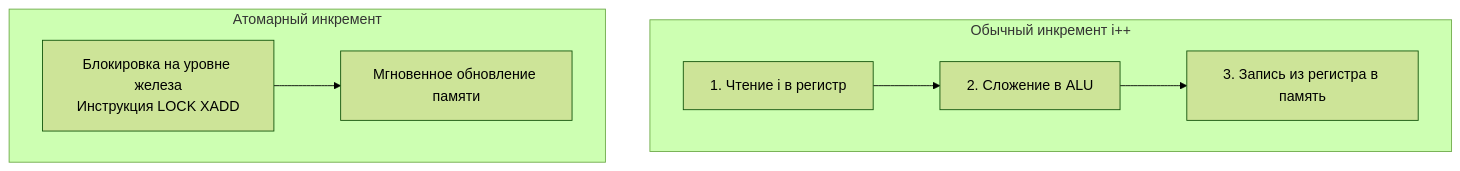
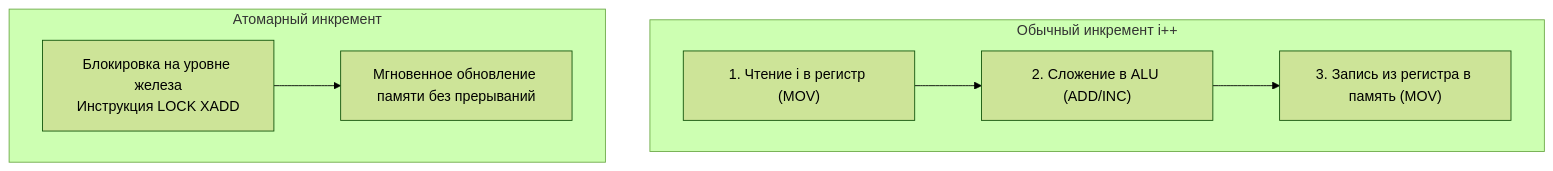
Before and after one commit to UnrealTemplier/go-textbook: the first of 2 diagrams in sources/7. Глубокий Go (Внутреннее устройство)/16. sync_atomic и атомарные операции в рантайме.md, drawn with Mermaid (forest theme). The commit also changed other lines of this file, not shown here.

````diff
--- a/sources/7. Глубокий Go (Внутреннее устройство)/16. sync_atomic и атомарные операции в рантайме.md
+++ b/sources/7. Глубокий Go (Внутреннее устройство)/16. sync_atomic и атомарные операции в рантайме.md
@@ -17,10 +17,10 @@
 ```mermaid
 flowchart TD
     subgraph NON_ATOMIC ["Обычный инкремент i++"]
-        READ["1. Чтение i в регистр"] --> ADD["2. Сложение в ALU"]
-        ADD --> WRITE["3. Запись из регистра в память"]
+        READ["1. Чтение i в регистр (MOV)"] --> ADD["2. Сложение в ALU (ADD/INC)"]
+        ADD --> WRITE["3. Запись из регистра в память (MOV)"]
     end
     subgraph ATOMIC ["Атомарный инкремент"]
-        LOCK["Блокировка на уровне железа<br>Инструкция LOCK XADD"] --> DONE["Мгновенное обновление памяти"]
+        LOCK["Блокировка на уровне железа<br>Инструкция LOCK XADD"] --> DONE["Мгновенное обновление памяти без прерываний"]
     end
 ```
````
